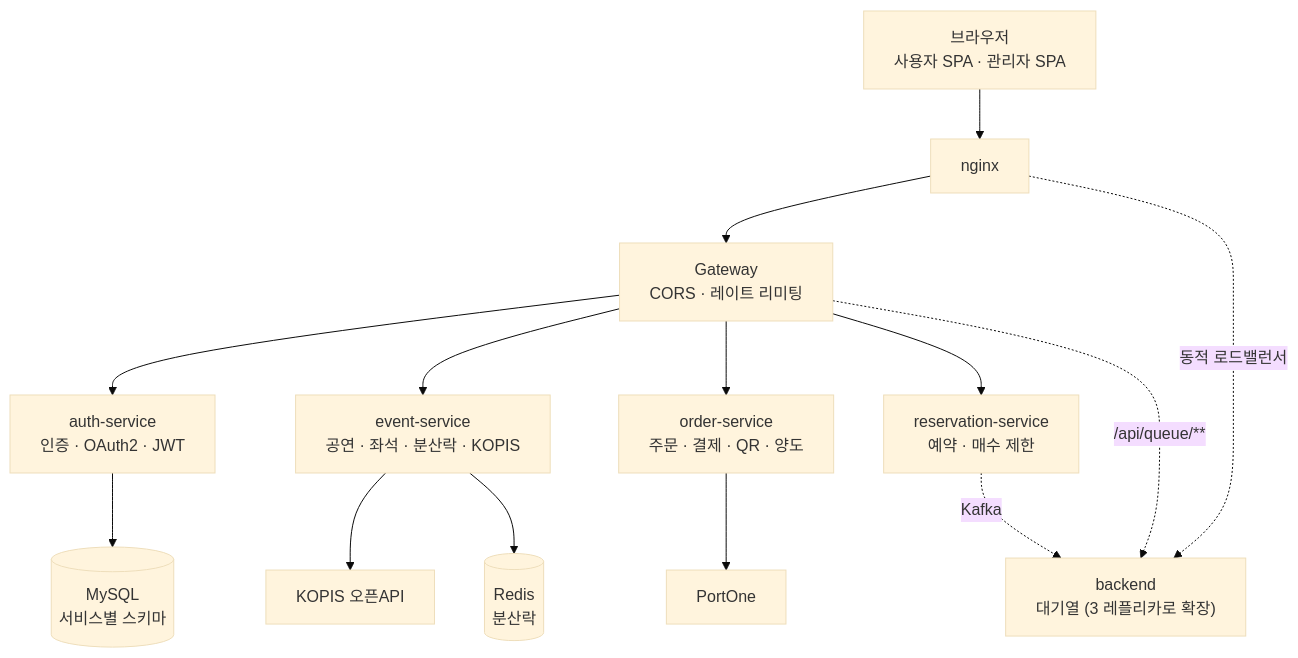
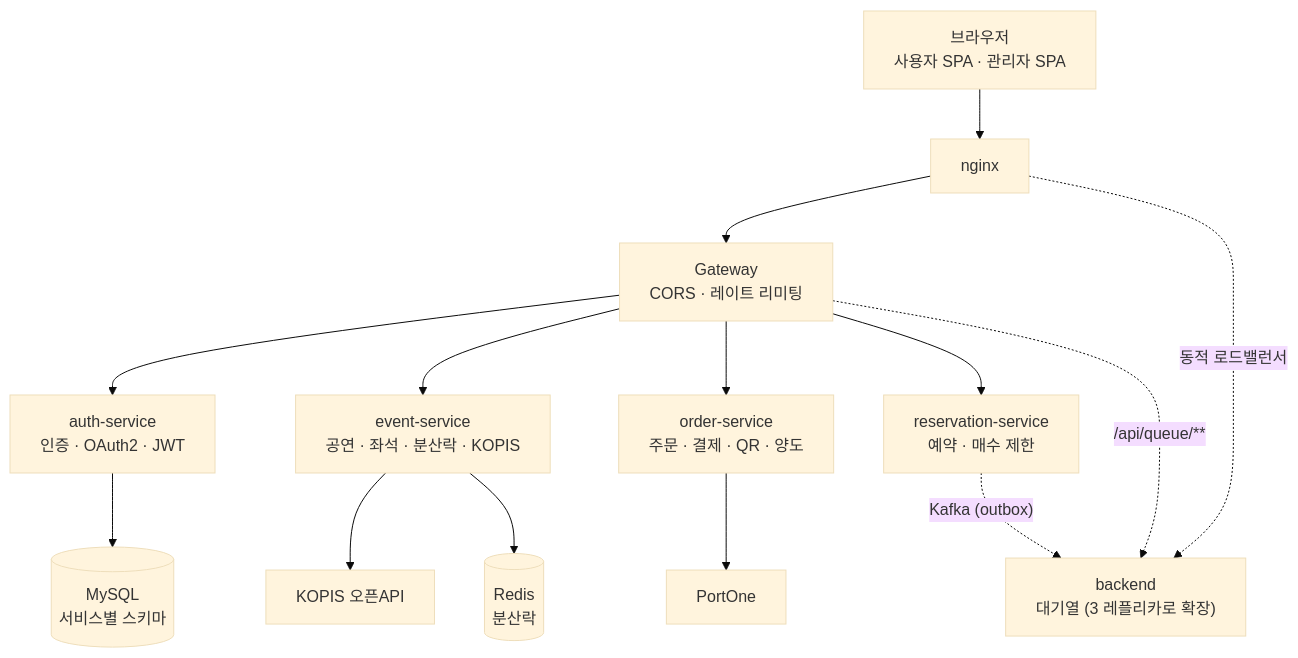
One commit to hongjiho5148/ticketing-service changed the first of 2 diagrams in README.md. Above: the diagram before and after it, drawn with Mermaid (base theme). The commit also changed other lines of this file and 3 other files, not shown here.

````diff
--- a/README.md
+++ b/README.md
@@ -82,18 +83,18 @@
 ```mermaid
 flowchart TB
     Client["브라우저\n사용자 SPA · 관리자 SPA"] --> Nginx["nginx"]
     Nginx --> Gateway["Gateway\nCORS · 레이트 리미팅"]
     Nginx -. "동적 로드밸런서" .-> Backend["backend\n대기열 (3 레플리카로 확장)"]
 
     Gateway --> Auth["auth-service\n인증 · OAuth2 · JWT"]
     Gateway --> Event["event-service\n공연 · 좌석 · 분산락 · KOPIS"]
     Gateway --> Reservation["reservation-service\n예약 · 매수 제한"]
     Gateway --> Order["order-service\n주문 · 결제 · QR · 양도"]
     Gateway -. "/api/queue/**" .-> Backend
 
     Order --> PortOne["PortOne"]
     Event --> KOPIS["KOPIS 오픈API"]
     Auth --> MySQL[("MySQL\n서비스별 스키마")]
     Event --> Redis[("Redis\n분산락")]
-    Reservation -. Kafka .-> Backend
+    Reservation -. "Kafka (outbox)" .-> Backend
 ```
````
